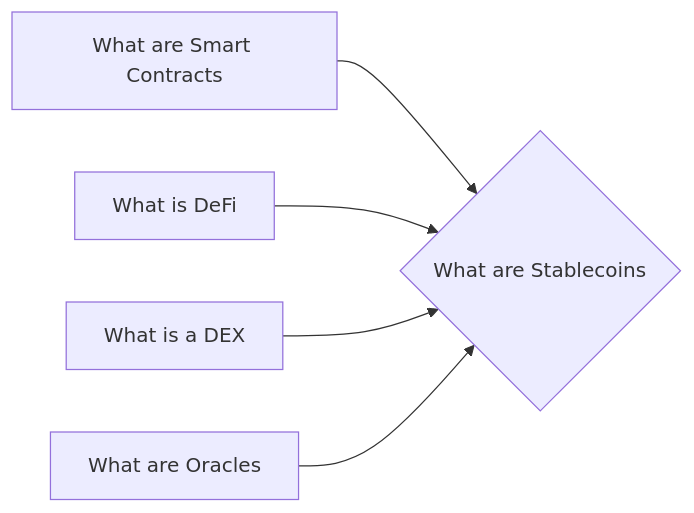
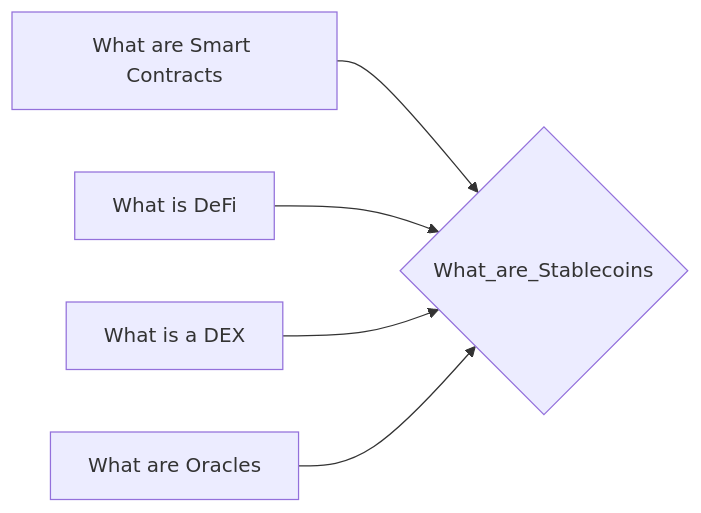
Before and after one commit to lpurdy01/crypto-knowledge-map: the diagram in notes/What_are_Stablecoins.md, drawn with Mermaid. The commit also changed 161 other files, not shown here.

````diff
--- a/notes/What_are_Stablecoins.md
+++ b/notes/What_are_Stablecoins.md
@@ -15,7 +15,7 @@
 ```mermaid
 graph LR
-1["What are Smart Contracts"]-->0{"What are Stablecoins"}
-2["What is DeFi"]-->0{"What are Stablecoins"}
-3["What is a DEX"]-->0{"What are Stablecoins"}
-4["What are Oracles"]-->0{"What are Stablecoins"}
+1["What are Smart Contracts"]-->0{"What_are_Stablecoins"}
+2["What is DeFi"]-->0{"What_are_Stablecoins"}
+3["What is a DEX"]-->0{"What_are_Stablecoins"}
+4["What are Oracles"]-->0{"What_are_Stablecoins"}
 ```
````
